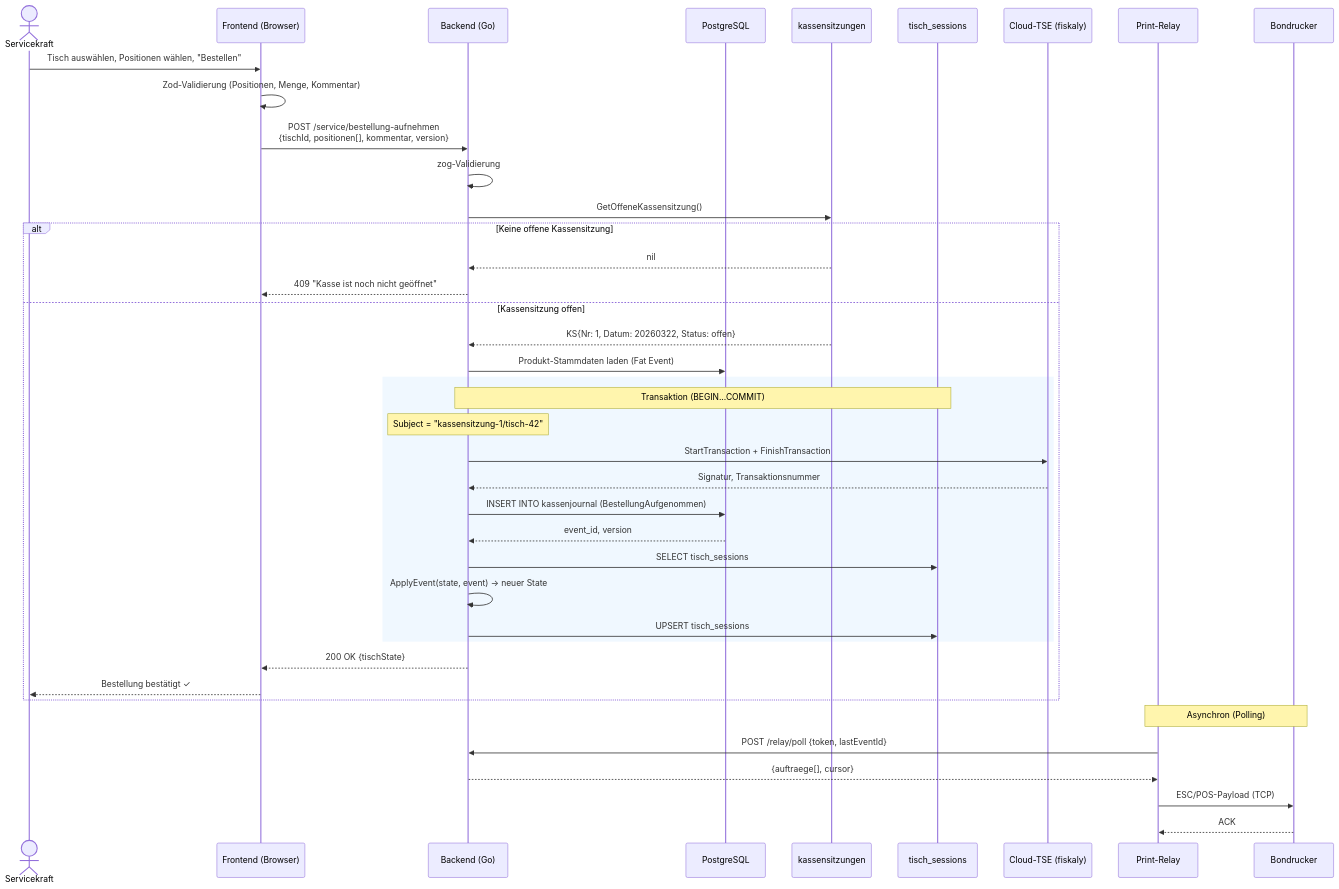
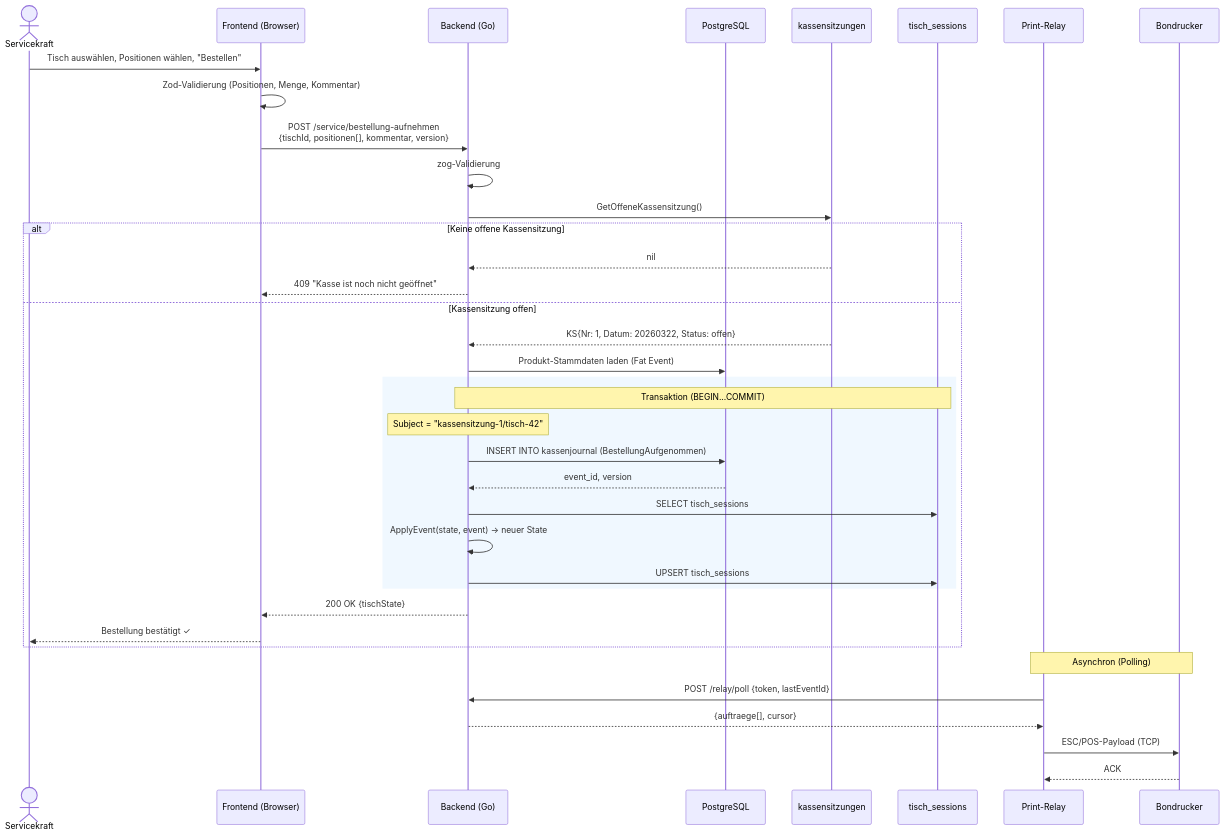
One commit to nicograef/jotti changed the seventh of 19 diagrams in docs/diagrams.md. Above: the diagram before and after it, drawn with Mermaid. The commit also changed other lines of this file and 6 other files, not shown here.

````diff
--- a/docs/diagrams.md
+++ b/docs/diagrams.md
@@ -233,47 +233,44 @@
 ```mermaid
 sequenceDiagram
     actor SK as Servicekraft
     participant FE as Frontend (Browser)
     participant BE as Backend (Go)
     participant DB as PostgreSQL
     participant KSP as kassensitzungen
     participant TSS as tisch_sessions
-    participant TSE as Cloud-TSE (fiskaly)
     participant Relay as Print-Relay
     participant Drucker as Bondrucker
 
     SK->>FE: Tisch auswählen, Positionen wählen, "Bestellen"
     FE->>FE: Zod-Validierung (Positionen, Menge, Kommentar)
     FE->>BE: POST /service/bestellung-aufnehmen<br/>{tischId, positionen[], kommentar, version}
     BE->>BE: zog-Validierung
     BE->>KSP: GetOffeneKassensitzung()
 
     alt Keine offene Kassensitzung
         KSP-->>BE: nil
         BE-->>FE: 409 "Kasse ist noch nicht geöffnet"
     else Kassensitzung offen
         KSP-->>BE: KS{Nr: 1, Datum: 20260322, Status: offen}
         BE->>DB: Produkt-Stammdaten laden (Fat Event)
 
         rect rgb(240, 248, 255)
             Note over BE,TSS: Transaktion (BEGIN...COMMIT)
             Note over BE: Subject = "kassensitzung-1/tisch-42"
-            BE->>TSE: StartTransaction + FinishTransaction
-            TSE-->>BE: Signatur, Transaktionsnummer
             BE->>DB: INSERT INTO kassenjournal (BestellungAufgenommen)
             DB-->>BE: event_id, version
             BE->>TSS: SELECT tisch_sessions
             BE->>BE: ApplyEvent(state, event) → neuer State
             BE->>TSS: UPSERT tisch_sessions
         end
 
         BE-->>FE: 200 OK {tischState}
         FE-->>SK: Bestellung bestätigt ✓
     end
 
     Note over Relay,Drucker: Asynchron (Polling)
     Relay->>BE: POST /relay/poll {token, lastEventId}
     BE-->>Relay: {auftraege[], cursor}
     Relay->>Drucker: ESC/POS-Payload (TCP)
     Drucker-->>Relay: ACK
 ```
````
